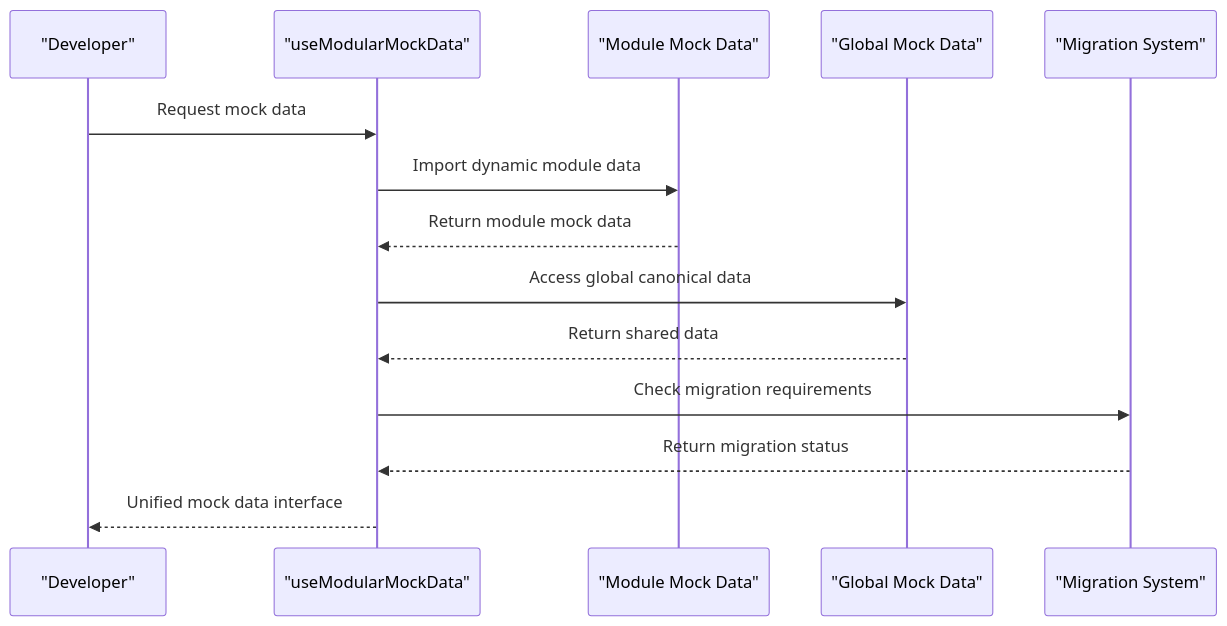
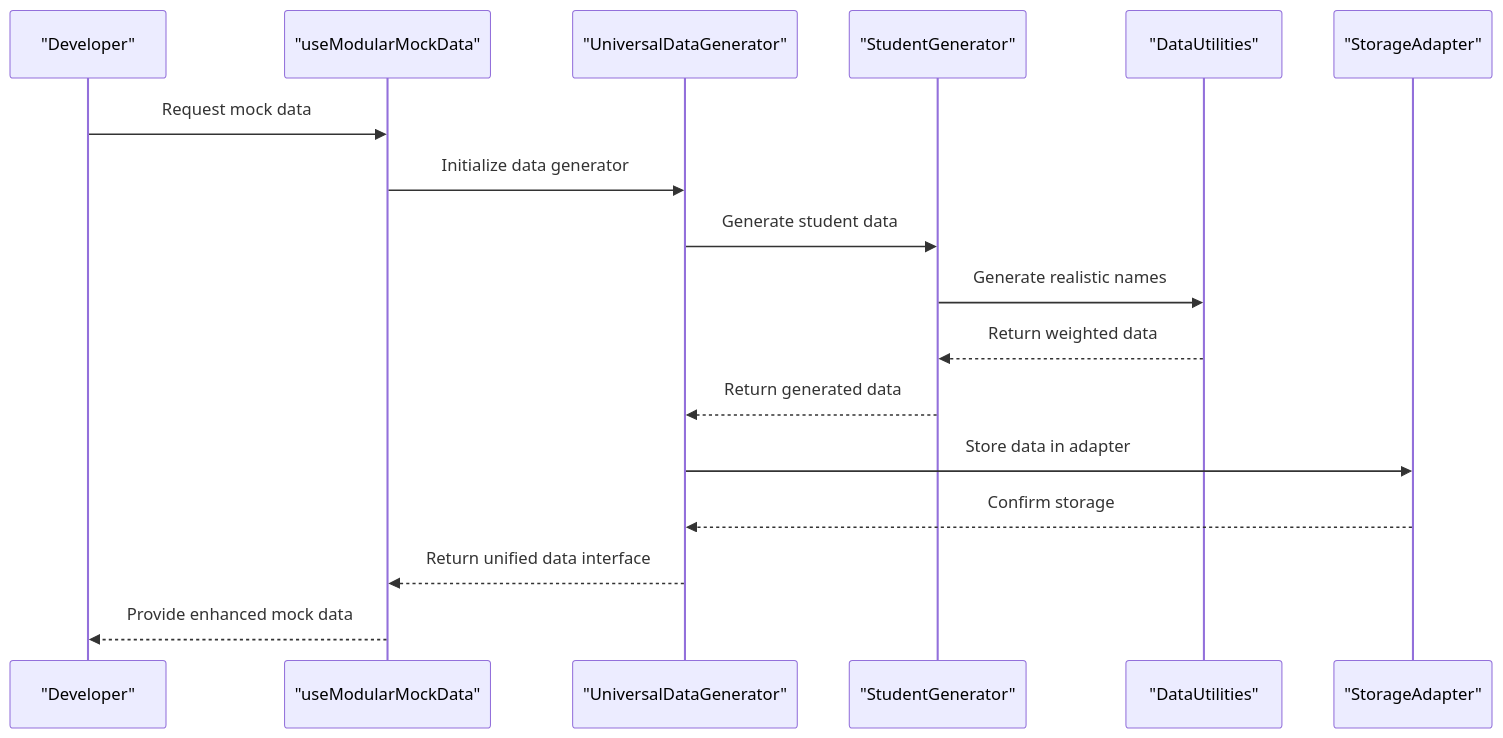
One commit to geniusdynamics/schoolpilot changed the second of 5 diagrams in .qoder/repowiki/en/content/Mock Data Dev Guide.md. Above: the diagram before and after it, drawn with Mermaid. The commit also changed other lines of this file and 16 other files, not shown here.

First line of the commit message:
docs: update repowiki documentation for modules and mock data guide

````diff
--- a/.qoder/repowiki/en/content/Mock Data Dev Guide.md
+++ b/.qoder/repowiki/en/content/Mock Data Dev Guide.md
@@ -94,16 +124,19 @@
 ```mermaid
 sequenceDiagram
 participant Dev as "Developer"
 participant Hook as "useModularMockData"
-participant Modules as "Module Mock Data"
-participant Global as "Global Mock Data"
-participant Migration as "Migration System"
+participant Gen as "UniversalDataGenerator"
+participant StudentGen as "StudentGenerator"
+participant Utils as "DataUtilities"
+participant Storage as "StorageAdapter"
 Dev->>Hook : Request mock data
-Hook->>Modules : Import dynamic module data
-Modules-->>Hook : Return module mock data
-Hook->>Global : Access global canonical data
-Global-->>Hook : Return shared data
-Hook->>Migration : Check migration requirements
-Migration-->>Hook : Return migration status
-Hook-->>Dev : Unified mock data interface
+Hook->>Gen : Initialize data generator
+Gen->>StudentGen : Generate student data
+StudentGen->>Utils : Generate realistic names
+Utils-->>StudentGen : Return weighted data
+StudentGen-->>Gen : Return generated data
+Gen->>Storage : Store data in adapter
+Storage-->>Gen : Confirm storage
+Gen-->>Hook : Return unified data interface
+Hook-->>Dev : Provide enhanced mock data
 ```
````
